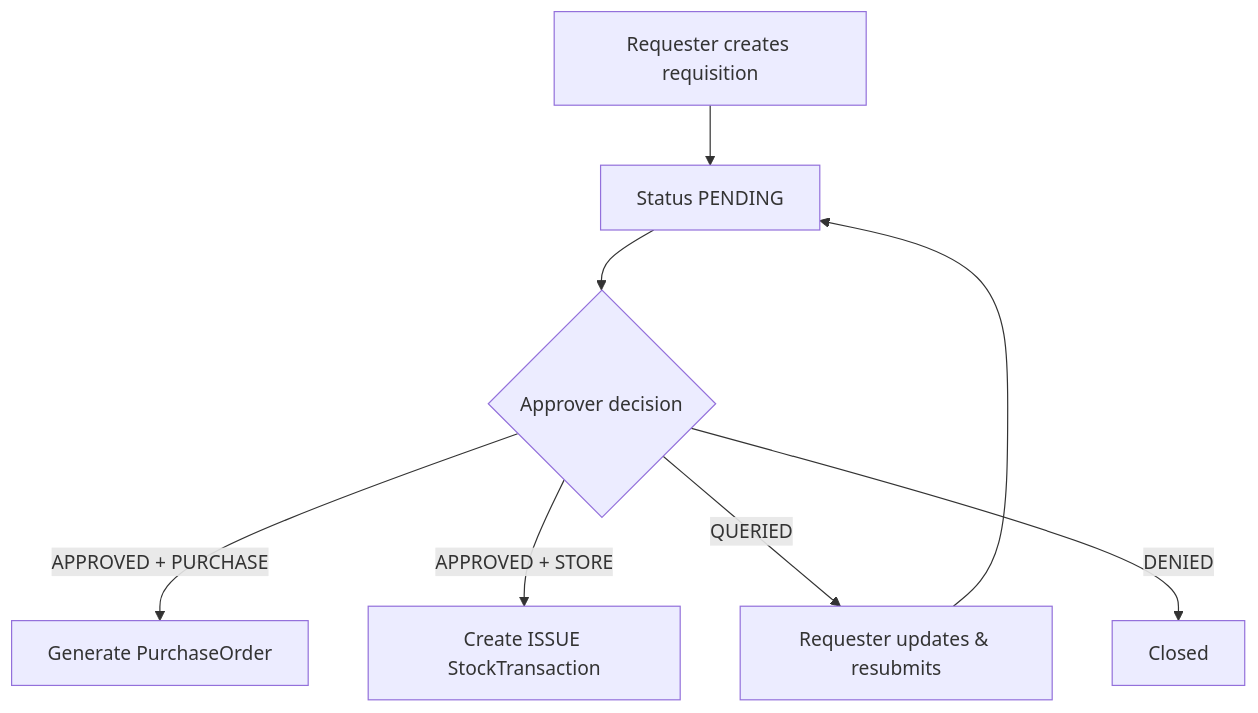
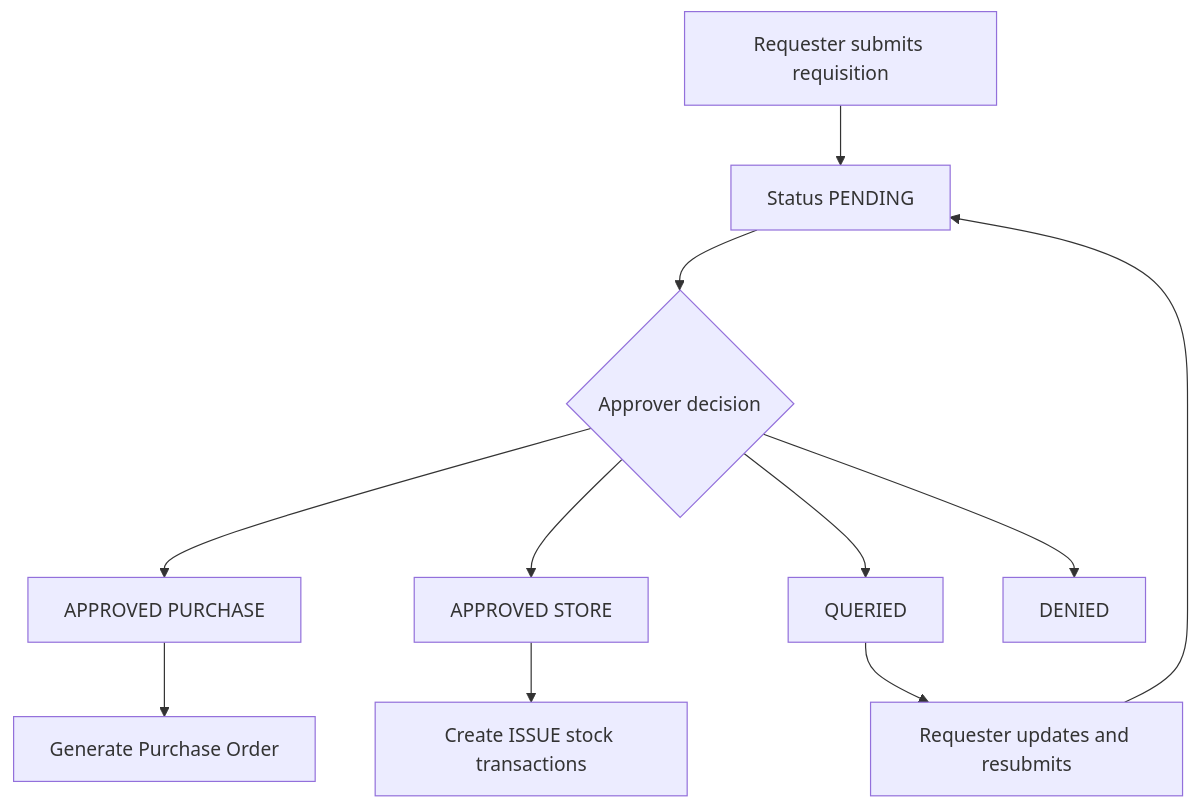
One commit to KiishiAD/kingfisher_inventory_management changed the first of 3 diagrams in docs/repo_guide/06-core-workflows.md. Above: the diagram before and after it, drawn with Mermaid. The commit also changed other lines of this file and 4 other files, not shown here.

Commit message:
Improve repo guide visuals with clearer diagrams and fallbacks

````diff
--- a/docs/repo_guide/06-core-workflows.md
+++ b/docs/repo_guide/06-core-workflows.md
@@ -4,10 +10,20 @@
 ```mermaid
 flowchart TD
-  A[Requester creates requisition] --> B[Status PENDING]
-  B --> C{Approver decision}
-  C -->|APPROVED + PURCHASE| D[Generate PurchaseOrder]
-  C -->|APPROVED + STORE| E[Create ISSUE StockTransaction]
-  C -->|QUERIED| F[Requester updates & resubmits]
-  C -->|DENIED| G[Closed]
-  F --> B
+    A[Requester submits requisition]
+    B[Status PENDING]
+    C{Approver decision}
+    D[APPROVED PURCHASE]
+    E[APPROVED STORE]
+    F[QUERIED]
+    G[DENIED]
+    H[Generate Purchase Order]
+    I[Create ISSUE stock transactions]
+    J[Requester updates and resubmits]
+
+    A --> B
+    B --> C
+    C --> D --> H
+    C --> E --> I
+    C --> F --> J --> B
+    C --> G
 ```
````
